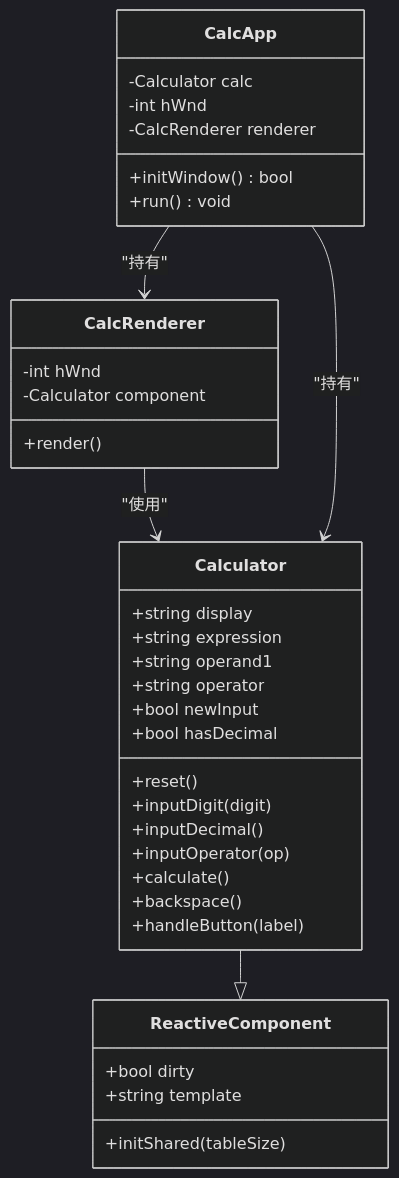
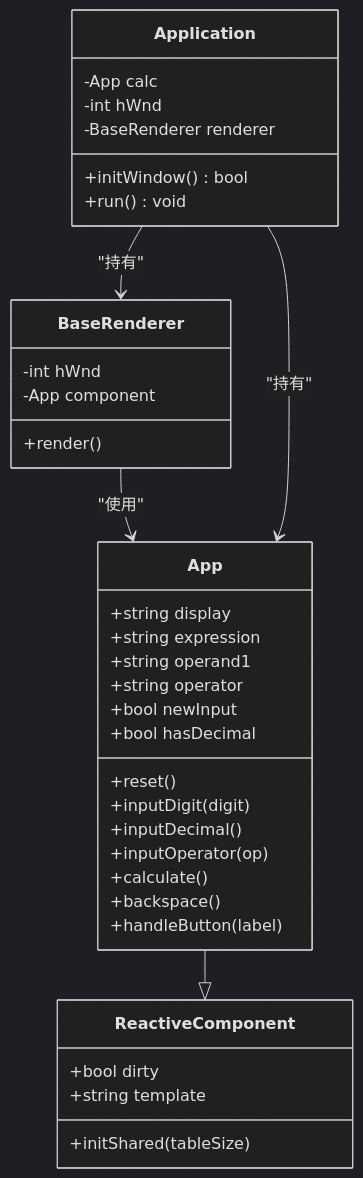
The seventh of 8 diagrams in .qoder/repowiki/zh/content/构建和部署.md (xingye00186/PHP-Data-UI-Framework-powered-by-swooleAOT), drawn with Mermaid (dark theme) before and after one commit. The commit also changed other lines of this file and 7 other files, not shown here.

````diff
--- a/.qoder/repowiki/zh/content/构建和部署.md
+++ b/.qoder/repowiki/zh/content/构建和部署.md
@@ -201,39 +262,39 @@
 ```mermaid
 classDiagram
 class ReactiveComponent {
 +bool dirty
 +string template
 +initShared(tableSize)
 }
-class Calculator {
+class App {
 +string display
 +string expression
 +string operand1
 +string operator
 +bool newInput
 +bool hasDecimal
 +reset()
 +inputDigit(digit)
 +inputDecimal()
 +inputOperator(op)
 +calculate()
 +backspace()
 +handleButton(label)
 }
-class CalcRenderer {
+class BaseRenderer {
 -int hWnd
--Calculator component
+-App component
 +render()
 }
-class CalcApp {
--Calculator calc
+class Application {
+-App calc
 -int hWnd
--CalcRenderer renderer
+-BaseRenderer renderer
 +initWindow() bool
 +run() void
 }
-Calculator --|> ReactiveComponent
-CalcRenderer --> Calculator : "使用"
-CalcApp --> Calculator : "持有"
-CalcApp --> CalcRenderer : "持有"
+App --|> ReactiveComponent
+BaseRenderer --> App : "使用"
+Application --> App : "持有"
+Application --> BaseRenderer : "持有"
 ```
````
